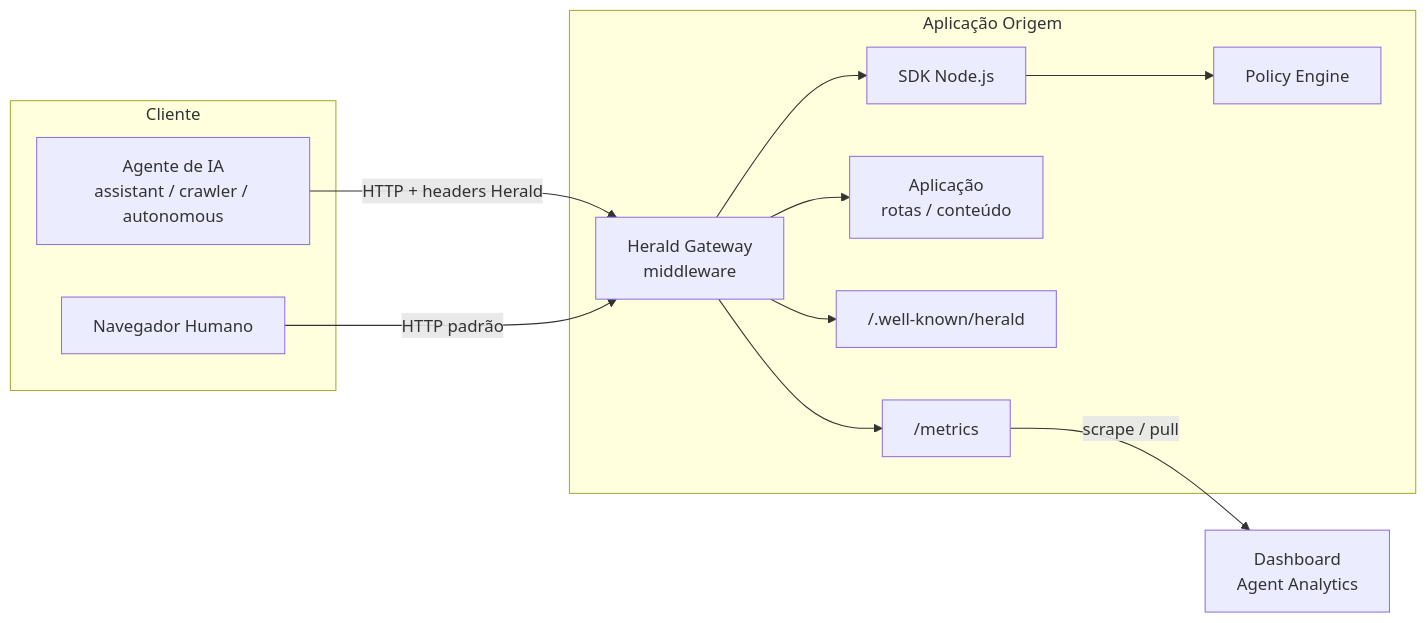
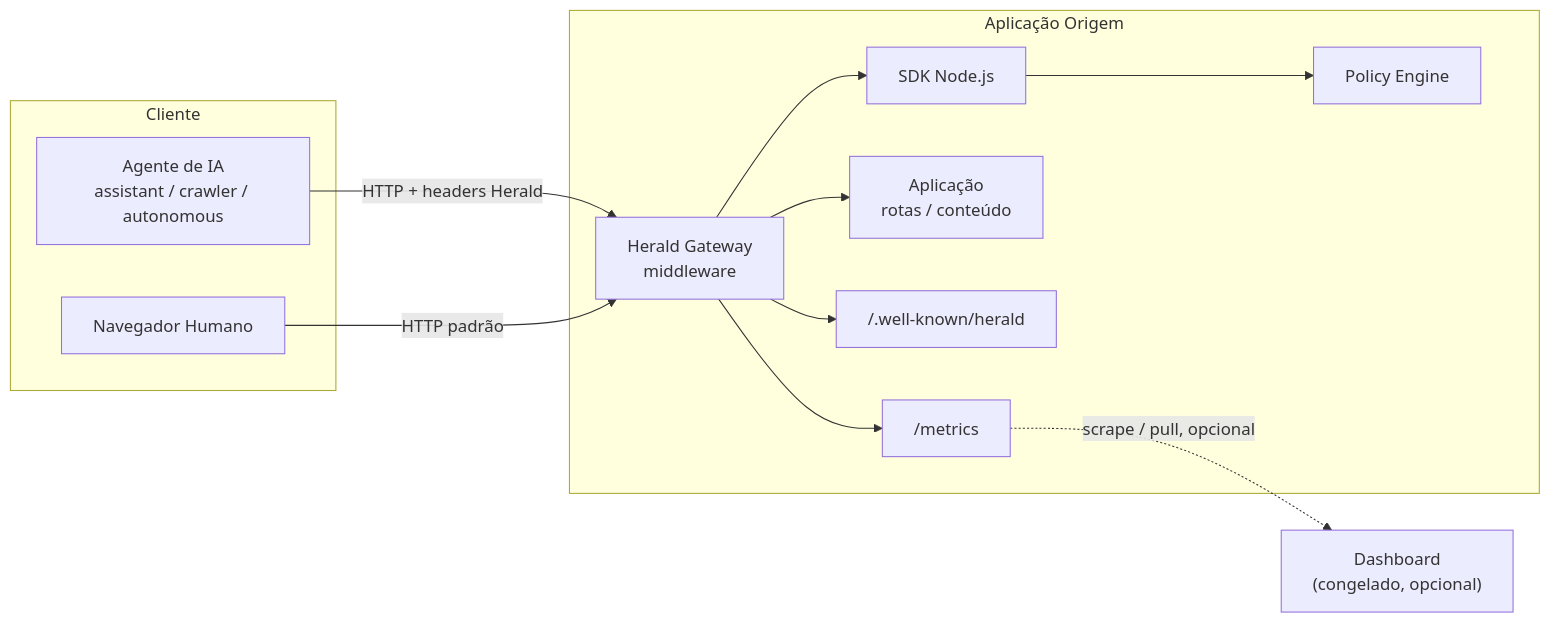
One commit to icaroalbar/herald-protocol changed the first of 5 diagrams in ARCHITECTURE.md. Above: the diagram before and after it, drawn with Mermaid. The commit also changed other lines of this file and 1 other file, not shown here.

First line of the commit message:
docs: sincroniza ARCHITECTURE.md/TESTPLAN.md com o control plane (server/cli/prometheus)

````diff
--- a/ARCHITECTURE.md
+++ b/ARCHITECTURE.md
@@ -25,27 +48,27 @@
 ```mermaid
 flowchart LR
     subgraph Cliente
         A[Agente de IA<br/>assistant / crawler / autonomous]
         H[Navegador Humano]
     end
 
     subgraph Origem["Aplicação Origem"]
         GW[Herald Gateway<br/>middleware]
         SDK[SDK Node.js]
         PE[Policy Engine]
         APP[Aplicação<br/>rotas / conteúdo]
         WK["/.well-known/herald"]
         MET["/metrics"]
     end
 
-    DASH[Dashboard<br/>Agent Analytics]
+    DASH["Dashboard<br/>(congelado, opcional)"]
 
     A -->|HTTP + headers Herald| GW
     H -->|HTTP padrão| GW
     GW --> SDK
     SDK --> PE
     GW --> APP
     GW --> WK
     GW --> MET
-    MET -->|scrape / pull| DASH
+    MET -.->|scrape / pull, opcional| DASH
 ```
````
